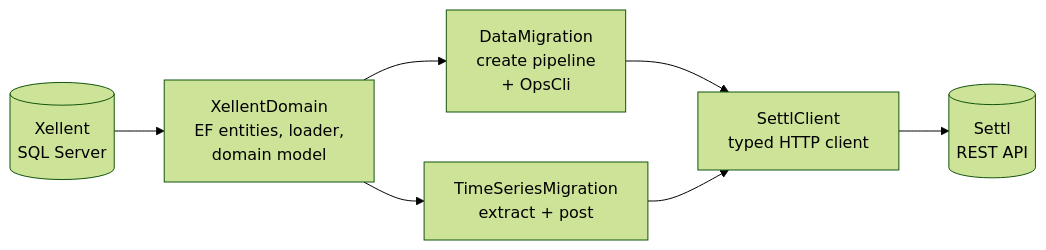
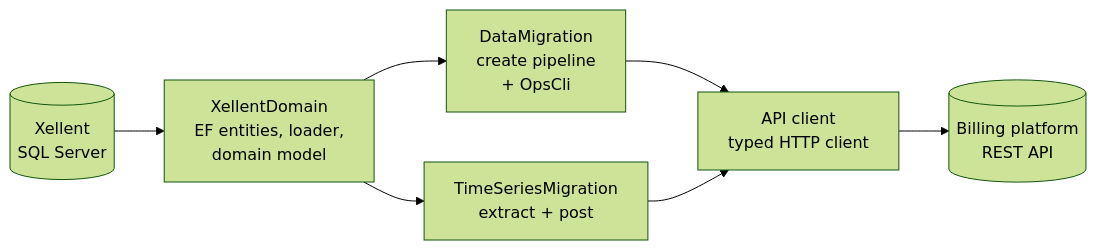
Before and after one commit to kloppnr1/rewire: the diagram in README.md, drawn with Mermaid (forest theme). The commit also changed other lines of this file, not shown here.

First line of the commit message:
docs: describe the target platform generically in the README

````diff
--- a/README.md
+++ b/README.md
@@ -7,9 +7,9 @@
 ```mermaid
 flowchart LR
     X[(Xellent<br/>SQL Server)] --> XD["XellentDomain<br/>EF entities, loader,<br/>domain model"]
     XD --> DM["DataMigration<br/>create pipeline<br/>+ OpsCli"]
     XD --> TS["TimeSeriesMigration<br/>extract + post"]
-    DM --> SC["SettlClient<br/>typed HTTP client"]
+    DM --> SC["API client<br/>typed HTTP client"]
     TS --> SC
-    SC --> S[(Settl<br/>REST API)]
+    SC --> S[(Billing platform<br/>REST API)]
 ```
````
